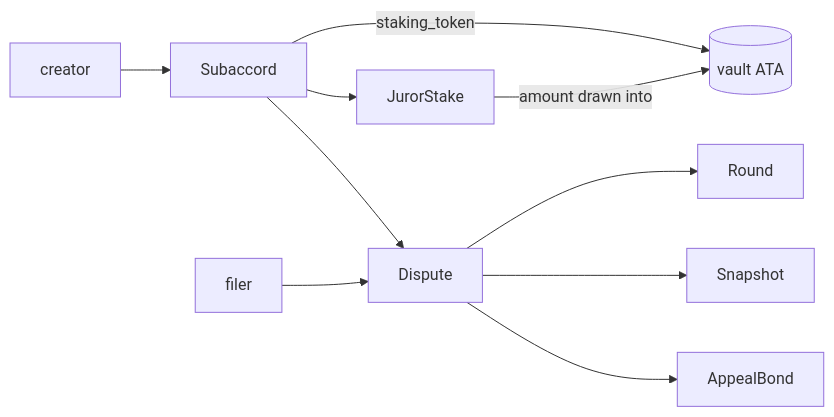
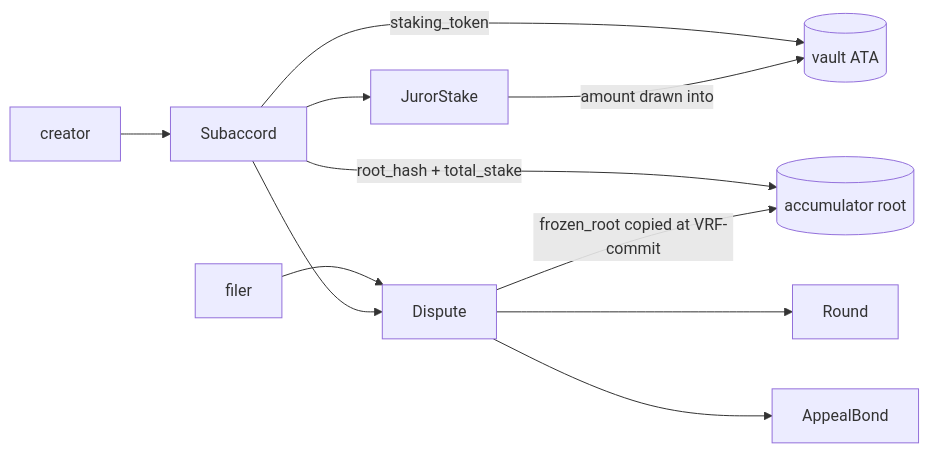
Before and after one commit to xeroc/accord: the diagram in apps/docs/docs/reference/accounts.md, drawn with Mermaid. The commit also changed other lines of this file and 20 other files, not shown here.

````diff
--- a/apps/docs/docs/reference/accounts.md
+++ b/apps/docs/docs/reference/accounts.md
@@ -17,12 +18,13 @@
 ```mermaid
 graph LR
   C[creator] --> SA[Subaccord]
   SA -->|staking_token| V[(vault ATA)]
+  SA -->|root_hash + total_stake| ACC[(accumulator root)]
   SA --> J[JurorStake]
   J -->|amount drawn into| V
   F[filer] --> D[Dispute]
   D --> R[Round]
-  D --> S[Snapshot]
+  D -->|frozen_root copied at VRF-commit| ACC
   D --> AB[AppealBond]
   SA --> D
 ```
````
